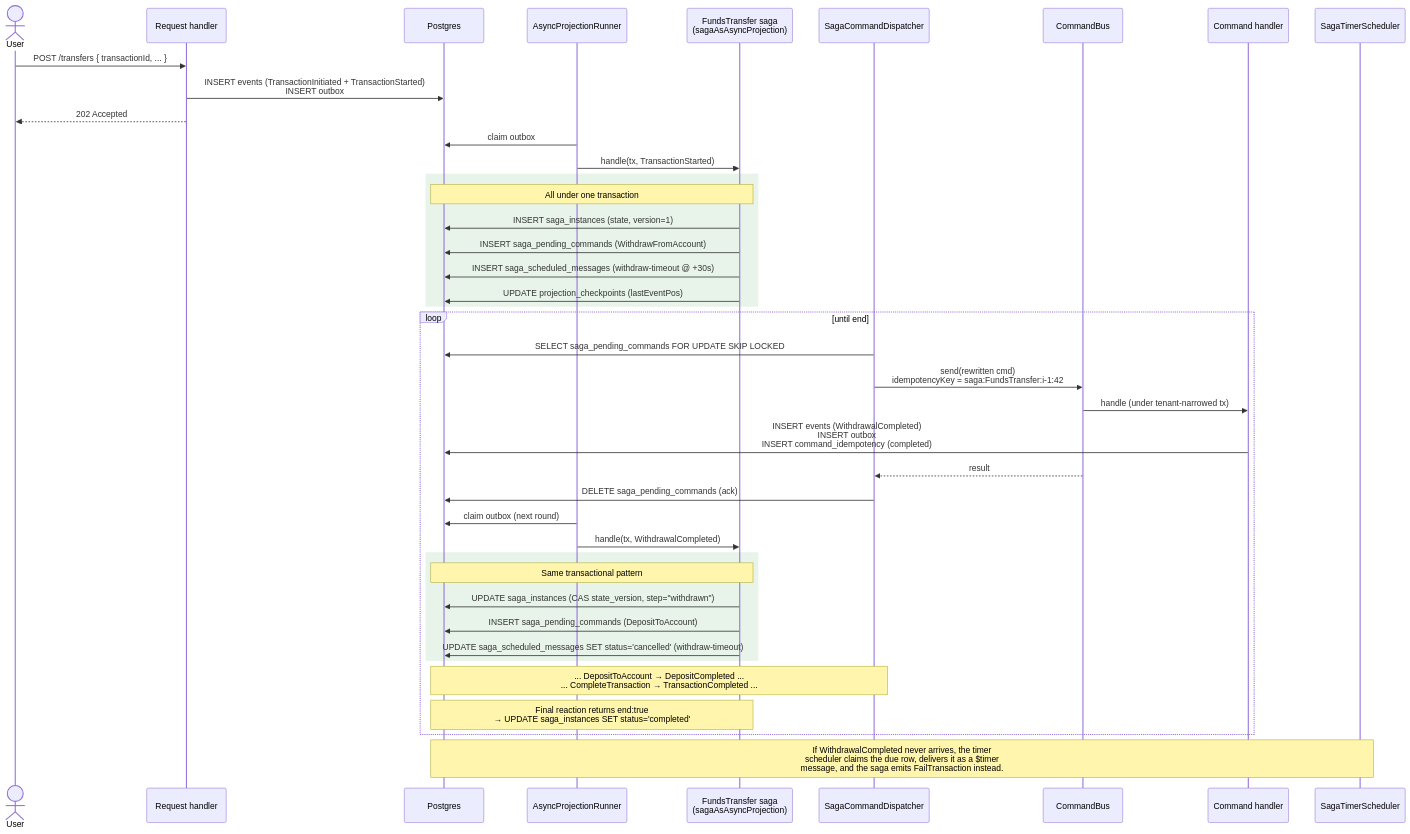
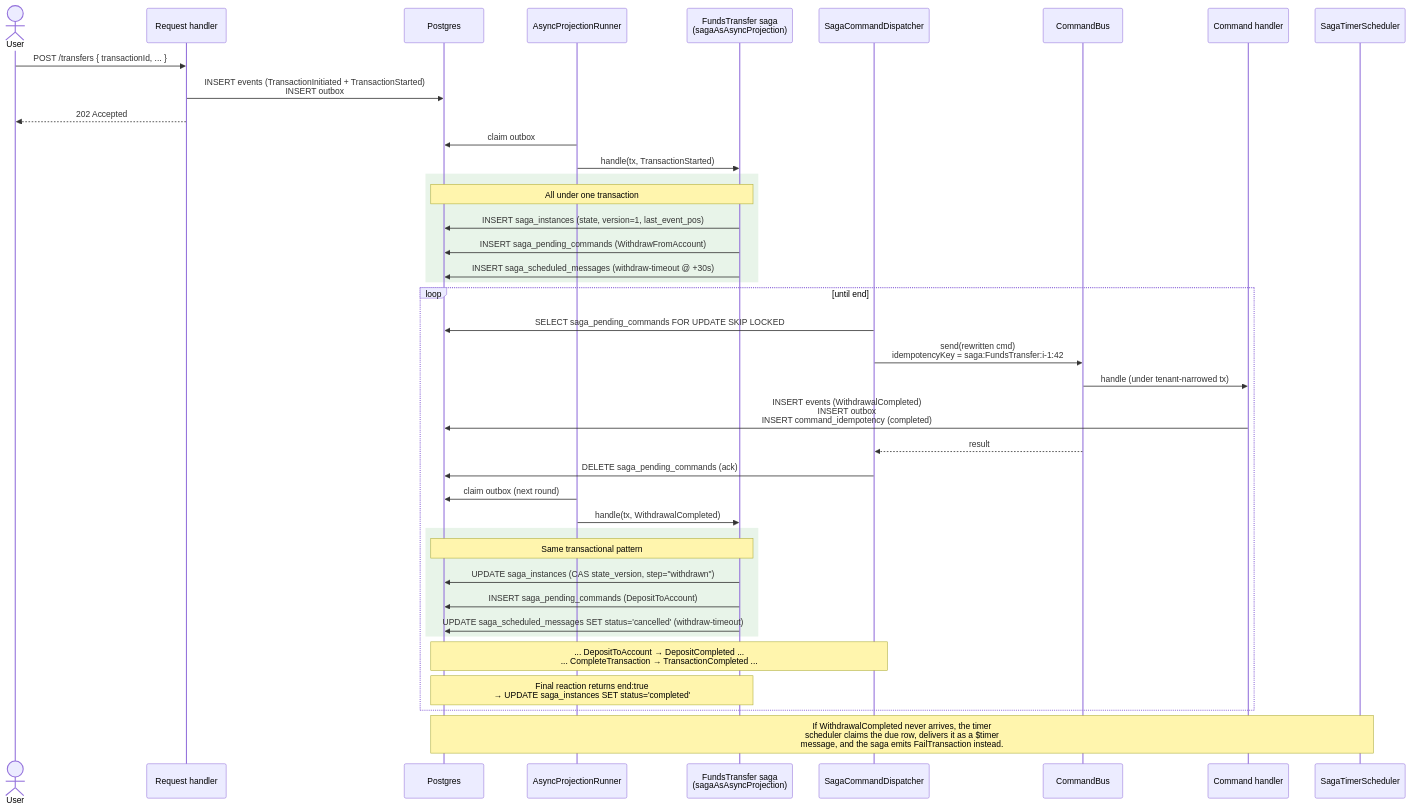
The fourth of 4 diagrams in README.md (hi-mind-ltd/eventfabric), drawn with Mermaid before and after one commit. The commit also changed other lines of this file and 9 other files, not shown here.

````diff
--- a/README.md
+++ b/README.md
@@ -292,49 +314,48 @@
 ```mermaid
 sequenceDiagram
     actor User
     participant API as Request handler
     participant DB as Postgres
     participant Runner as AsyncProjectionRunner
     participant Saga as FundsTransfer saga<br/>(sagaAsAsyncProjection)
     participant Disp as SagaCommandDispatcher
     participant Bus as CommandBus
     participant H as Command handler
     participant Sched as SagaTimerScheduler
 
     User->>API: POST /transfers  { transactionId, ... }
     API->>DB: INSERT events  (TransactionInitiated + TransactionStarted)<br/>INSERT outbox
     API-->>User: 202 Accepted
 
     Runner->>DB: claim outbox
     Runner->>Saga: handle(tx, TransactionStarted)
     rect rgb(232, 244, 233)
     Note over Saga,DB: All under one transaction
-    Saga->>DB: INSERT saga_instances  (state, version=1)
+    Saga->>DB: INSERT saga_instances  (state, version=1, last_event_pos)
     Saga->>DB: INSERT saga_pending_commands  (WithdrawFromAccount)
     Saga->>DB: INSERT saga_scheduled_messages  (withdraw-timeout @ +30s)
-    Saga->>DB: UPDATE projection_checkpoints  (lastEventPos)
     end
 
     loop until end
         Disp->>DB: SELECT saga_pending_commands FOR UPDATE SKIP LOCKED
         Disp->>Bus: send(rewritten cmd)<br/>idempotencyKey = saga:FundsTransfer:i-1:42
         Bus->>H: handle (under tenant-narrowed tx)
         H->>DB: INSERT events  (WithdrawalCompleted)<br/>INSERT outbox<br/>INSERT command_idempotency  (completed)
         Bus-->>Disp: result
         Disp->>DB: DELETE saga_pending_commands  (ack)
 
         Runner->>DB: claim outbox  (next round)
         Runner->>Saga: handle(tx, WithdrawalCompleted)
         rect rgb(232, 244, 233)
         Note over Saga,DB: Same transactional pattern
         Saga->>DB: UPDATE saga_instances  (CAS state_version, step="withdrawn")
         Saga->>DB: INSERT saga_pending_commands  (DepositToAccount)
         Saga->>DB: UPDATE saga_scheduled_messages  SET status='cancelled'  (withdraw-timeout)
         end
 
         Note over Disp,DB: ... DepositToAccount → DepositCompleted ...<br/>... CompleteTransaction → TransactionCompleted ...
         Note over Saga,DB: Final reaction returns end:true<br/>→ UPDATE saga_instances SET status='completed'
     end
 
     Note over Sched,DB: If WithdrawalCompleted never arrives, the timer<br/>scheduler claims the due row, delivers it as a $timer<br/>message, and the saga emits FailTransaction instead.
 ```
````
